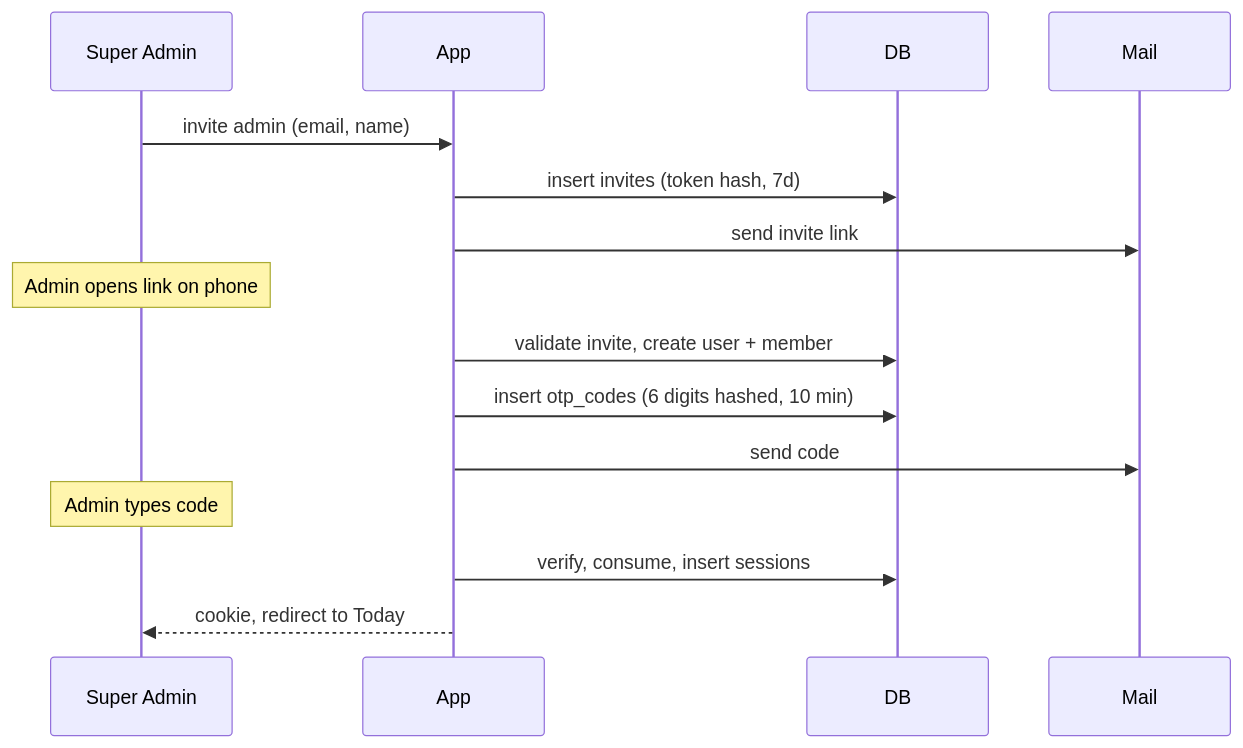
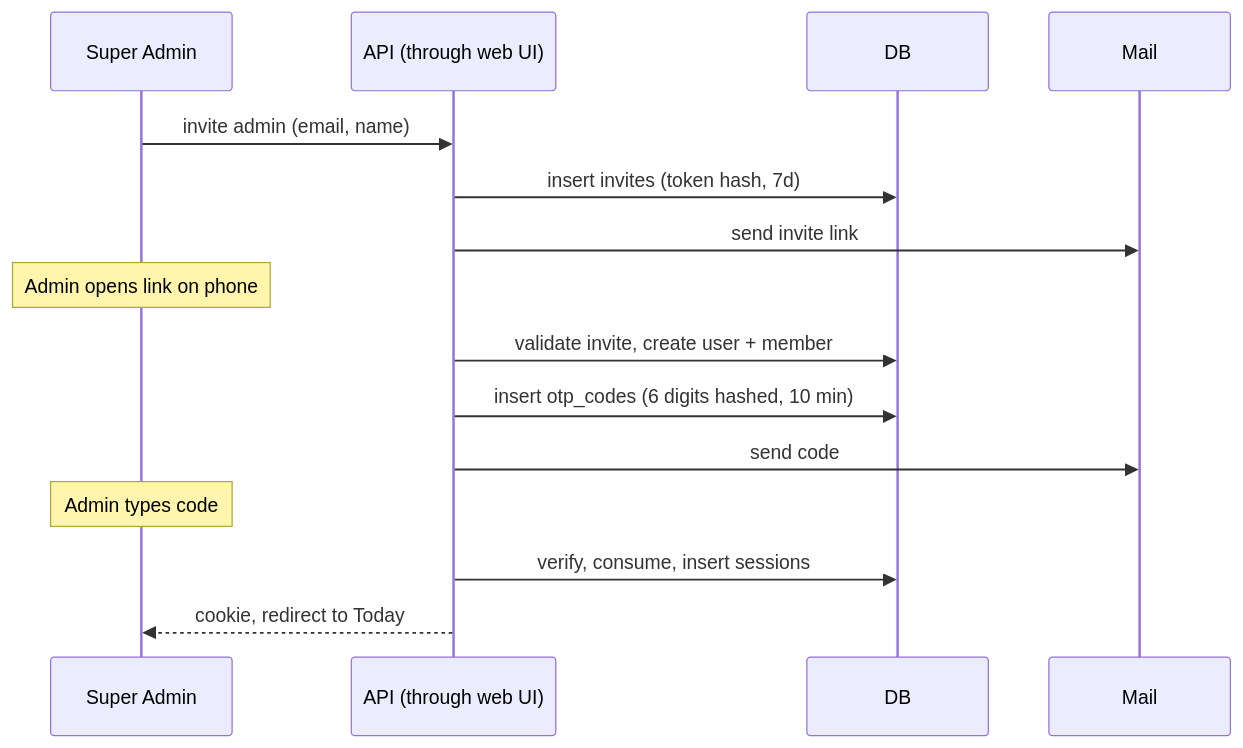
Before and after one commit to iranjaya/anar: the second of 4 diagrams in docs/developer-design.md, drawn with Mermaid. The commit also changed other lines of this file and 1 other file, not shown here.

Commit message:
docs: move the backend into a monorepo api and add the S0 spec

````diff
--- a/docs/developer-design.md
+++ b/docs/developer-design.md
@@ -137,17 +150,17 @@
 ```mermaid
 sequenceDiagram
   participant SA as Super Admin
-  participant App
+  participant App as API (through web UI)
   participant DB
   participant Mail
   SA->>App: invite admin (email, name)
   App->>DB: insert invites (token hash, 7d)
   App->>Mail: send invite link
   Note over SA: Admin opens link on phone
   App->>DB: validate invite, create user + member
   App->>DB: insert otp_codes (6 digits hashed, 10 min)
   App->>Mail: send code
   Note over SA: Admin types code
   App->>DB: verify, consume, insert sessions
   App-->>SA: cookie, redirect to Today
 ```
````
